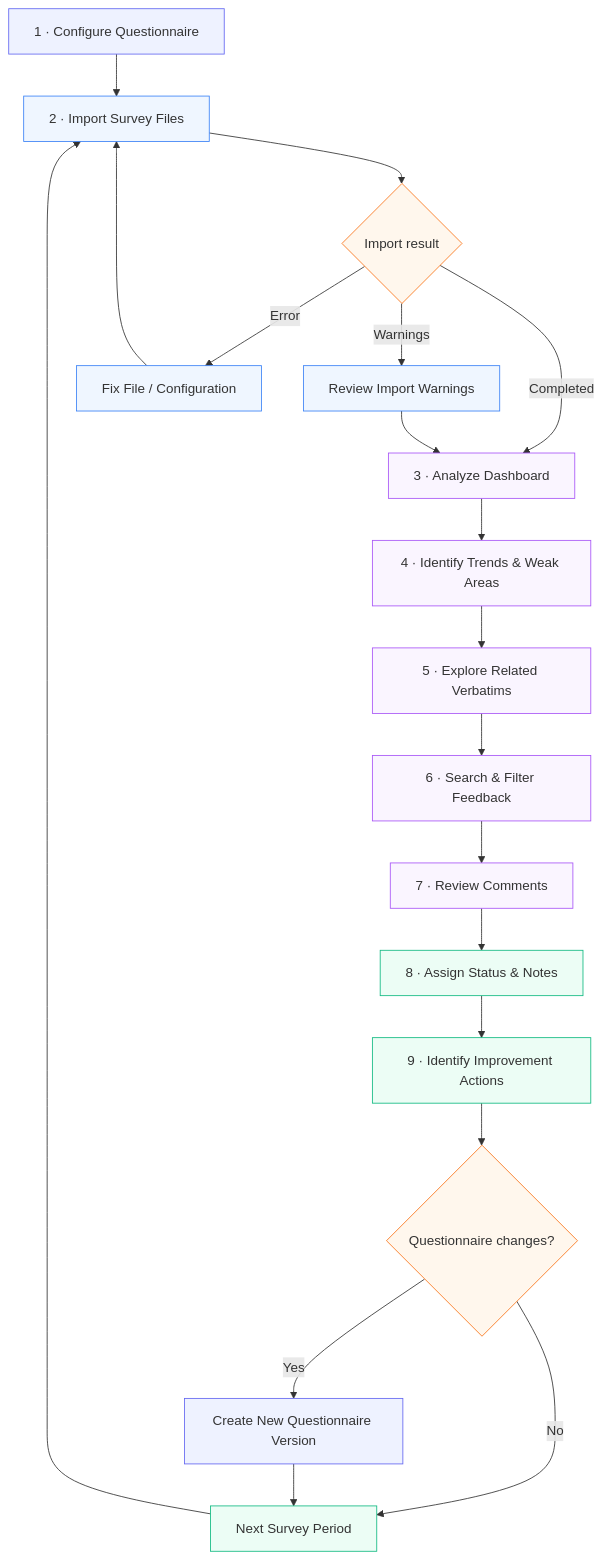
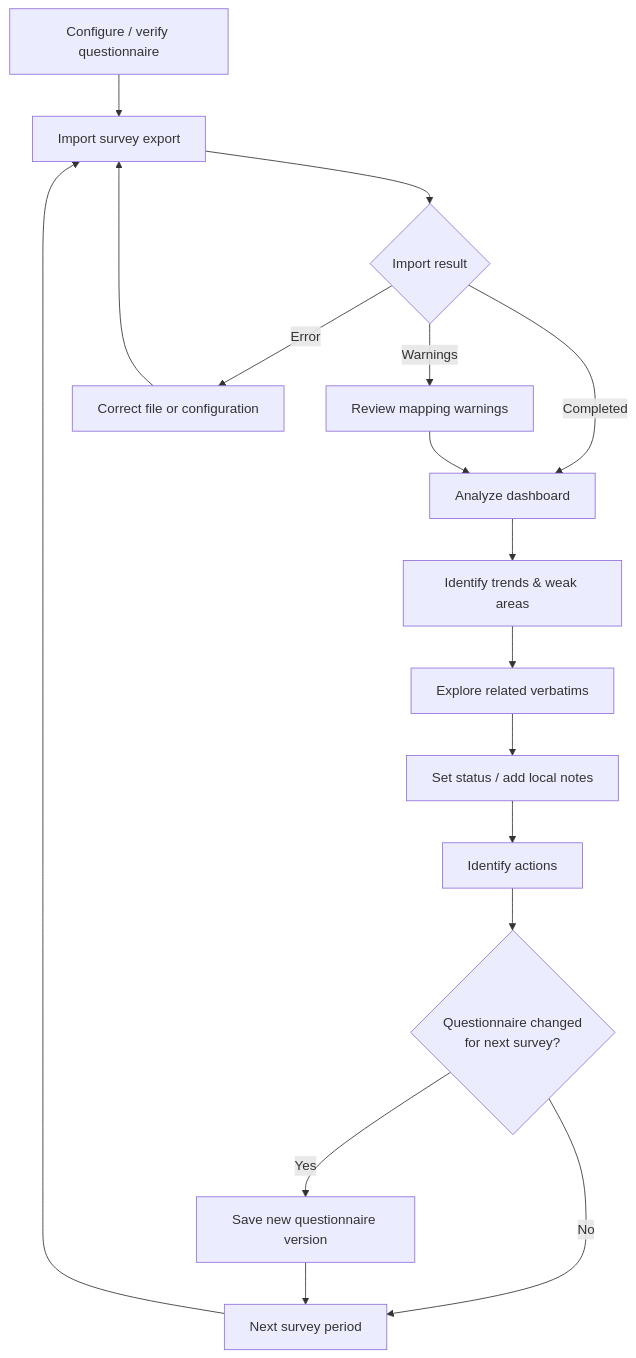
One commit to nathanda95/CellSpain changed the seventh of 7 diagrams in README.md. Above: the diagram before and after it, drawn with Mermaid. The commit also changed other lines of this file, not shown here.

````diff
--- a/README.md
+++ b/README.md
@@ -1102,47 +1214,25 @@
 ```mermaid
 flowchart TD
-    CONFIG["1 · Configure Questionnaire"]
+    Q["Configure / verify questionnaire"]
+    Q --> IMPORT["Import survey export"]
+    IMPORT --> CHECK{"Import result"}
 
-    CONFIG --> IMPORT["2 · Import Survey Files"]
+    CHECK -->|Completed| DASH["Analyze dashboard"]
+    CHECK -->|Warnings| REVIEWWARN["Review mapping warnings"]
+    CHECK -->|Error| FIX["Correct file or configuration"]
 
-    IMPORT --> VALIDATE{"Import result"}
-
-    VALIDATE -->|"Completed"| ANALYZE["3 · Analyze Dashboard"]
-    VALIDATE -->|"Warnings"| WARN["Review Import Warnings"]
-    VALIDATE -->|"Error"| FIX["Fix File / Configuration"]
-
-    WARN --> ANALYZE
+    REVIEWWARN --> DASH
     FIX --> IMPORT
 
-    ANALYZE --> TRENDS["4 · Identify Trends & Weak Areas"]
+    DASH --> TREND["Identify trends & weak areas"]
+    TREND --> VERB["Explore related verbatims"]
+    VERB --> REVIEW["Set status / add local notes"]
+    REVIEW --> ACTION["Identify actions"]
 
-    TRENDS --> VERB["5 · Explore Related Verbatims"]
+    ACTION --> CHANGE{"Questionnaire changed<br/>for next survey?"}
+    CHANGE -->|No| NEXT["Next survey period"]
+    CHANGE -->|Yes| VERSION["Save new questionnaire version"]
 
-    VERB --> FILTER["6 · Search & Filter Feedback"]
-
-    FILTER --> REVIEW["7 · Review Comments"]
-
-    REVIEW --> STATUS["8 · Assign Status & Notes"]
-
-    STATUS --> DECISION["9 · Identify Improvement Actions"]
-
-    DECISION --> EVOLVE{"Questionnaire changes?"}
-
-    EVOLVE -->|"No"| NEXT["Next Survey Period"]
-    EVOLVE -->|"Yes"| NEWCONFIG["Create New Questionnaire Version"]
-
-    NEWCONFIG --> NEXT
+    VERSION --> NEXT
     NEXT --> IMPORT
-
-    classDef config fill:#eef2ff,stroke:#6366f1
-    classDef import fill:#eff6ff,stroke:#3b82f6
-    classDef analysis fill:#faf5ff,stroke:#a855f7
-    classDef action fill:#ecfdf5,stroke:#10b981
-    classDef decision fill:#fff7ed,stroke:#f97316
-
-    class CONFIG,NEWCONFIG config
-    class IMPORT,WARN,FIX import
-    class ANALYZE,TRENDS,VERB,FILTER,REVIEW analysis
-    class STATUS,DECISION,NEXT action
-    class VALIDATE,EVOLVE decision
 ```
````
